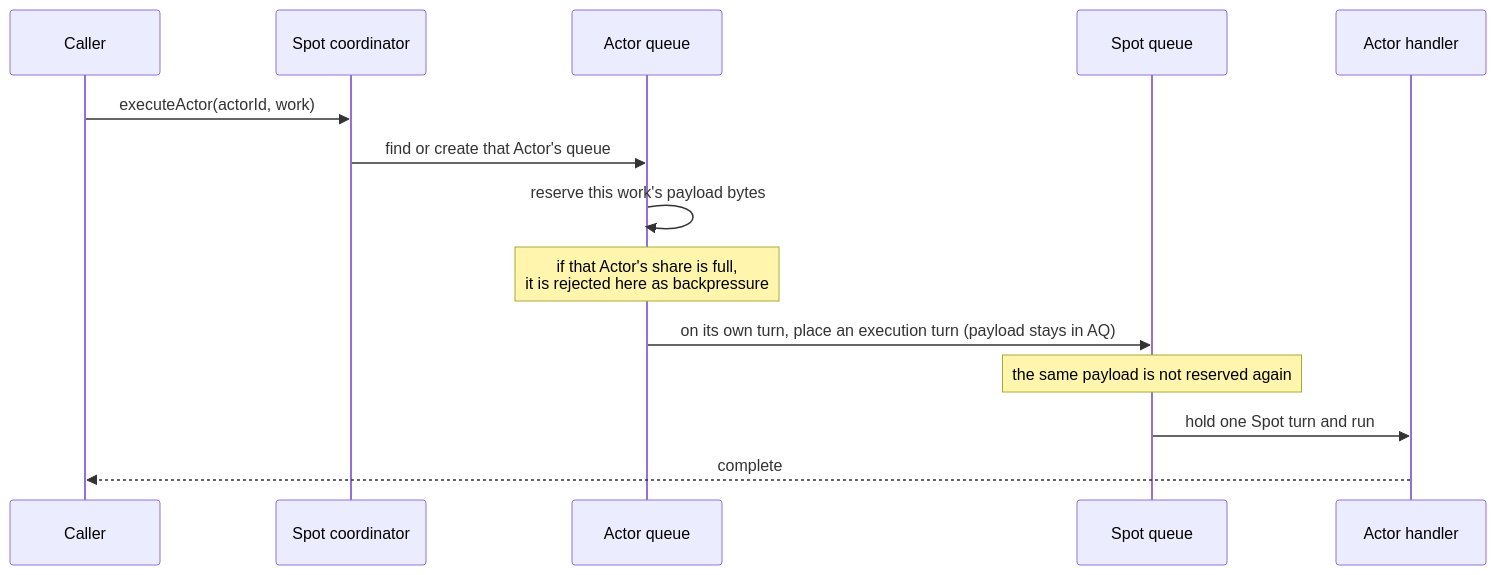
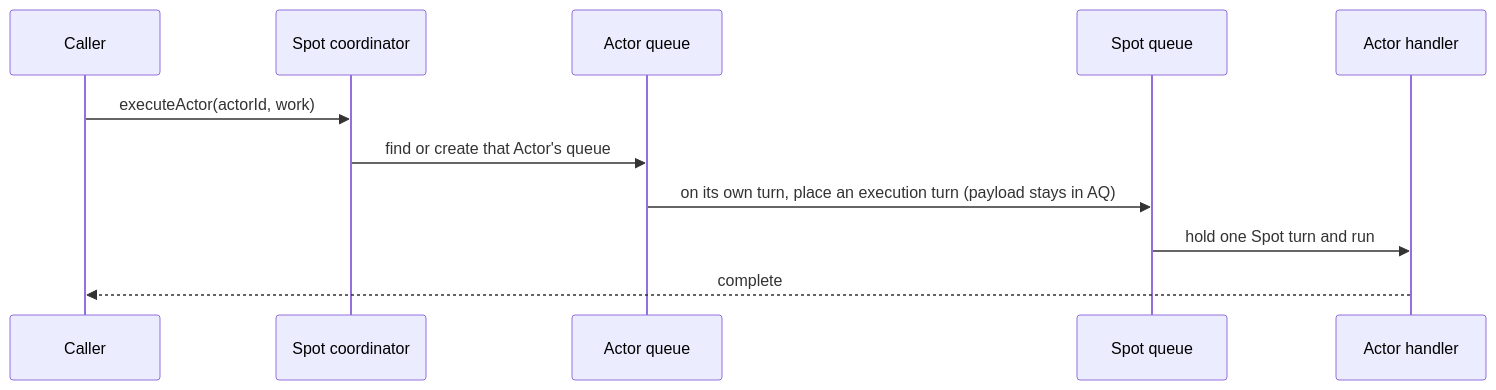
Before and after one commit to zlink-systems/zlink: the diagram in framework/doc/framework/common/spec/server/01-execution/07-serial-executor-layers.en.md, drawn with Mermaid. The commit also changed other lines of this file and 46 other files, not shown here.

````diff
--- a/framework/doc/framework/common/spec/server/01-execution/07-serial-executor-layers.en.md
+++ b/framework/doc/framework/common/spec/server/01-execution/07-serial-executor-layers.en.md
@@ -186,17 +186,14 @@
 ```mermaid
 sequenceDiagram
     participant Caller
     participant Coord as Spot coordinator
     participant AQ as Actor queue
     participant SQ as Spot queue
     participant Handler as Actor handler
 
     Caller->>Coord: executeActor(actorId, work)
     Coord->>AQ: find or create that Actor's queue
-    AQ->>AQ: reserve this work's payload bytes
-    Note over AQ: if that Actor's share is full,<br/>it is rejected here as backpressure
     AQ->>SQ: on its own turn, place an execution turn (payload stays in AQ)
-    Note over SQ: the same payload is not reserved again
     SQ->>Handler: hold one Spot turn and run
     Handler-->>Caller: complete
 ```
````
